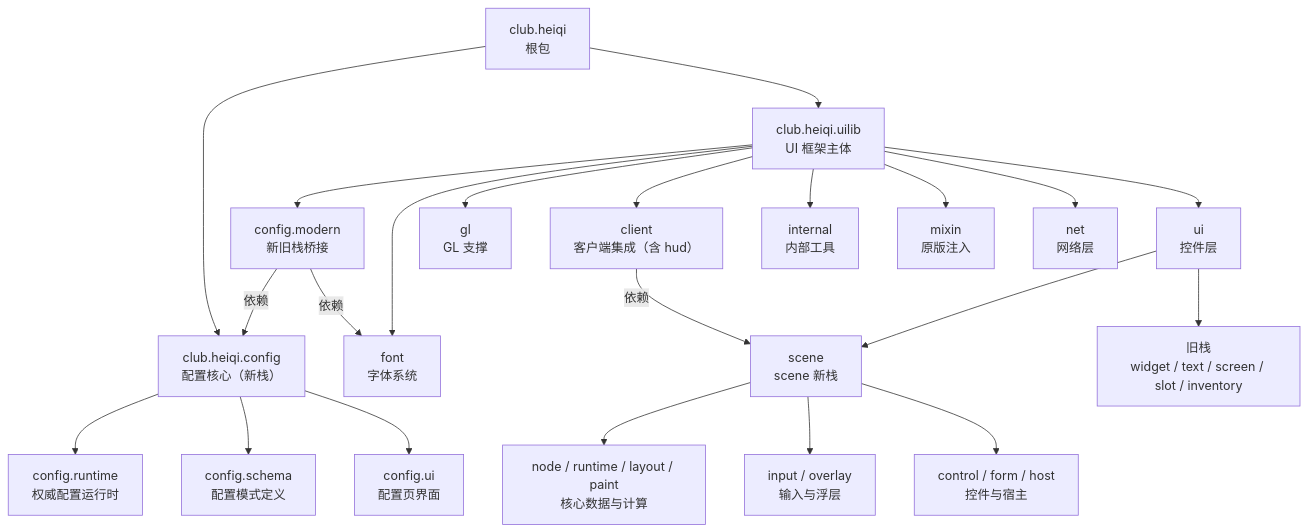
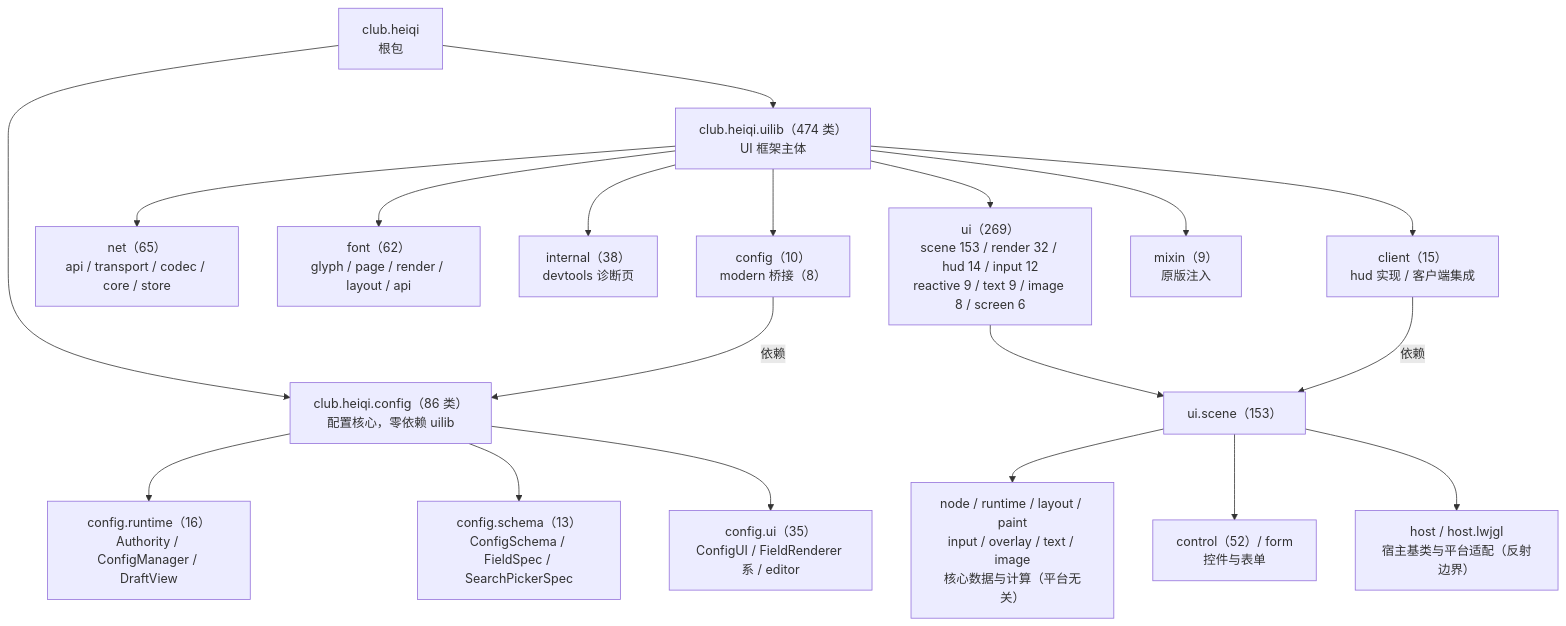
One commit to QuanhuZeYu/Qz-UILib changed the diagram in docs/开发者文档/架构图/00-框架总览.md. Above: the diagram before and after it, drawn with Mermaid. The commit also changed other lines of this file and 29 other files, not shown here.

````diff
--- a/docs/开发者文档/架构图/00-框架总览.md
+++ b/docs/开发者文档/架构图/00-框架总览.md
@@ -9,33 +9,29 @@
 ```mermaid
 flowchart TD
   ROOT["club.heiqi<br>根包"]
-  CFG["club.heiqi.config<br>配置核心（新栈）"]
-  UI["club.heiqi.uilib<br>UI 框架主体"]
+  CFG["club.heiqi.config（86 类）<br>配置核心，零依赖 uilib"]
+  UI["club.heiqi.uilib（474 类）<br>UI 框架主体"]
 
   ROOT --> CFG
   ROOT --> UI
 
-  CFG --> CFG_R["config.runtime<br>权威配置运行时"]
-  CFG --> CFG_S["config.schema<br>配置模式定义"]
-  CFG --> CFG_U["config.ui<br>配置页界面"]
+  CFG --> CFG_R["config.runtime（16）<br>Authority / ConfigManager / DraftView"]
+  CFG --> CFG_S["config.schema（13）<br>ConfigSchema / FieldSpec / SearchPickerSpec"]
+  CFG --> CFG_U["config.ui（35）<br>ConfigUI / FieldRenderer 系 / editor"]
 
-  UI --> UM["config.modern<br>新旧栈桥接"]
-  UI --> FONT["font<br>字体系统"]
-  UI --> GL["gl<br>GL 支撑"]
-  UI --> CLIENT["client<br>客户端集成（含 hud）"]
-  UI --> INTERNAL["internal<br>内部工具"]
-  UI --> MIXIN["mixin<br>原版注入"]
-  UI --> NET["net<br>网络层"]
-  UI --> UISUB["ui<br>控件层"]
+  UI --> UISUB["ui（269）<br>scene 153 / render 32 / hud 14 / input 12<br>reactive 9 / text 9 / image 8 / screen 6"]
+  UI --> NET["net（65）<br>api / transport / codec / core / store"]
+  UI --> FONT["font（62）<br>glyph / page / render / layout / api"]
+  UI --> INTERNAL["internal（38）<br>devtools 诊断页"]
+  UI --> CLIENT["client（15）<br>hud 实现 / 客户端集成"]
+  UI --> CFGB["config（10）<br>modern 桥接（8）"]
+  UI --> MIXIN["mixin（9）<br>原版注入"]
 
-  UISUB --> SCENE["scene<br>scene 新栈"]
-  UISUB --> OLD["旧栈<br>widget / text / screen / slot / inventory"]
+  UISUB --> SCENE["ui.scene（153）"]
+  SCENE --> SCN_CORE["node / runtime / layout / paint<br>input / overlay / text / image<br>核心数据与计算（平台无关）"]
+  SCENE --> SCN_CTRL["control（52）/ form<br>控件与表单"]
+  SCENE --> SCN_HOST["host / host.lwjgl<br>宿主基类与平台适配（反射边界）"]
 
-  SCENE --> SCN_CORE["node / runtime / layout / paint<br>核心数据与计算"]
-  SCENE --> SCN_IN["input / overlay<br>输入与浮层"]
-  SCENE --> SCN_WIDGET["control / form / host<br>控件与宿主"]
-
-  UM -- 依赖 --> CFG
-  UM -- 依赖 --> FONT
+  CFGB -- 依赖 --> CFG
   CLIENT -- 依赖 --> SCENE
 ```
````
